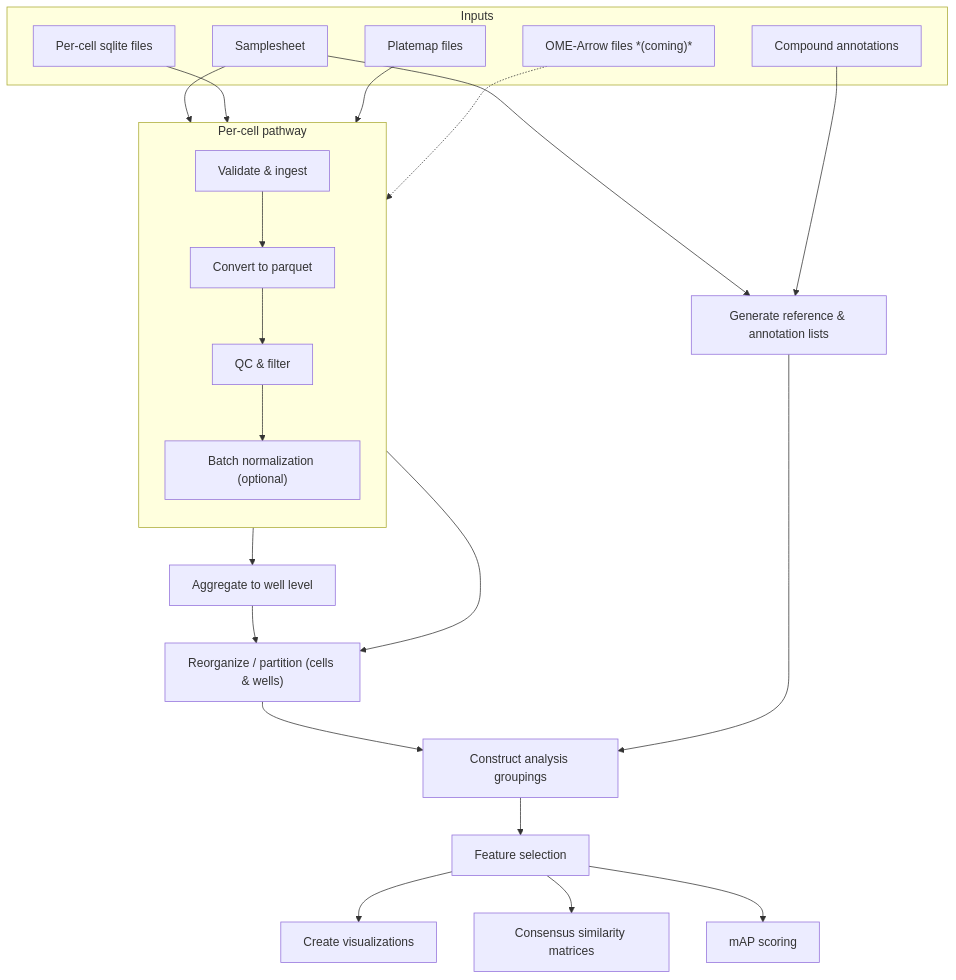
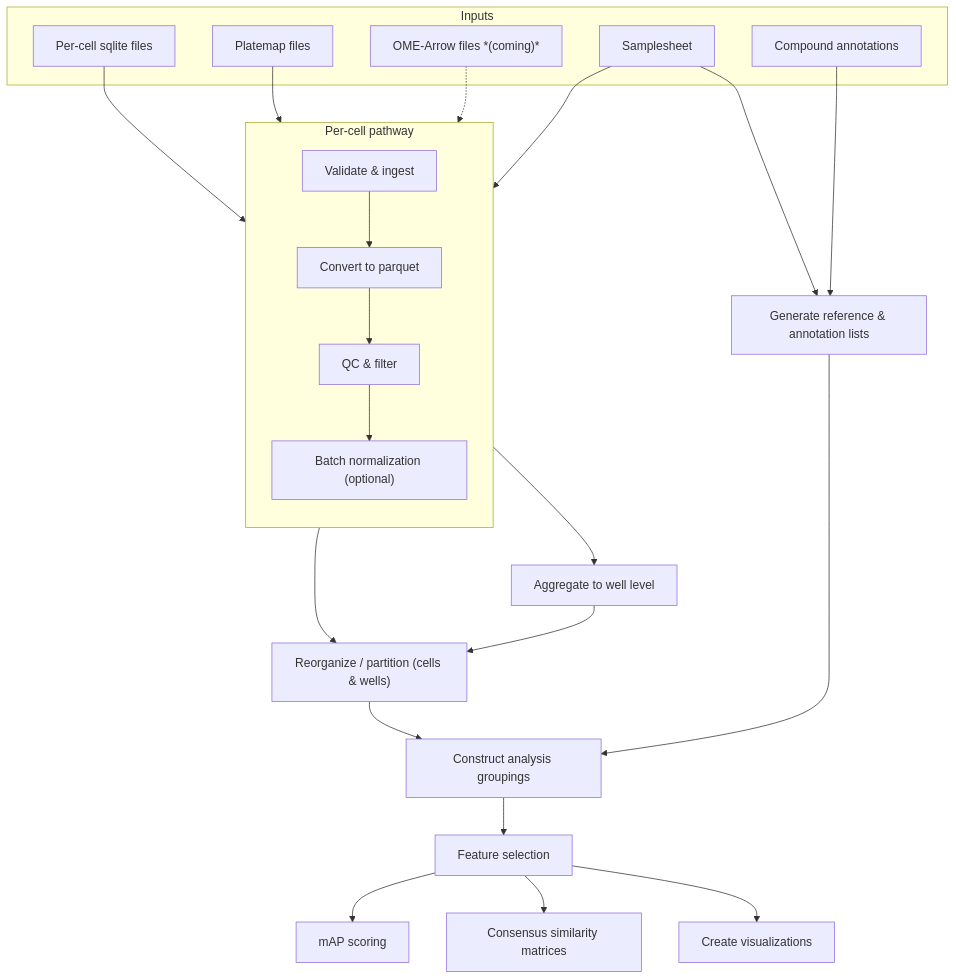
The diagram in planning/outline.md (AlexsLemonade/morphport), drawn with Mermaid before and after one commit. The commit also changed other lines of this file, not shown here.

````diff
--- a/planning/outline.md
+++ b/planning/outline.md
@@ -231,37 +233,37 @@
 ```mermaid
 flowchart TD
     subgraph IN["Inputs"]
-        SS["Samplesheet"]
         CSQL["Per-cell sqlite files"]
         PM["Platemap files"]
+        OA["OME-Arrow files *(coming)*"]
+        SS["Samplesheet"]
         CA["Compound annotations"]
-        OA["OME-Arrow files *(coming)*"]
     end
 
     subgraph CELL["Per-cell pathway"]
         direction TB
         VI_C["Validate & ingest"]
         CPQ["Convert to parquet"]
         QC_C["QC & filter"]
         N_C["Batch normalization (optional)"]
         VI_C --> CPQ --> QC_C --> N_C
     end
 
     SS & CSQL & PM --> VI_C
     OA -.-> VI_C
 
     WSM["Aggregate to well level"]
     P["Reorganize / partition (cells & wells)"]
     N_C --> WSM & P
     WSM --> P
 
     SS & CA --> REF["Generate reference & annotation lists"]
 
     P --> GRP["Construct analysis groupings"]
     REF --> GRP
 
     GRP --> FS["Feature selection"]
     FS --> VIZ["Create visualizations"]
     FS --> SIM["Consensus similarity matrices"]
     FS --> MAP["mAP scoring"]
 ```
````
